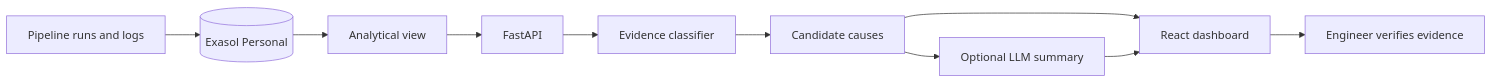
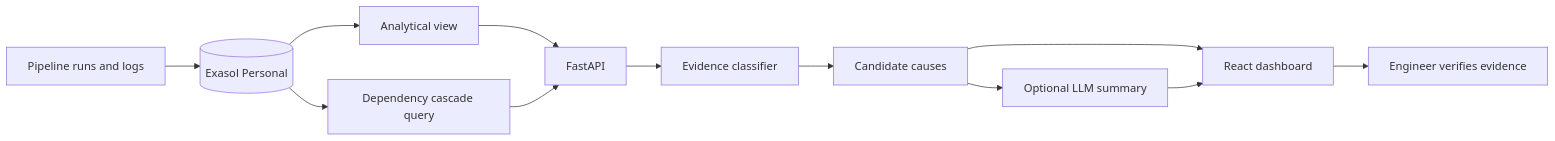
One commit to Anafa-thabassum/opsintel-ai changed the diagram in README.md. Above: the diagram before and after it, drawn with Mermaid. The commit also changed other lines of this file and 46 other files, not shown here.

````diff
--- a/README.md
+++ b/README.md
@@ -76,12 +78,14 @@
 ```mermaid
 flowchart LR
     A[Pipeline runs and logs] --> B[(Exasol Personal)]
     B --> C[Analytical view]
+    B --> J[Dependency cascade query]
     C --> D[FastAPI]
+    J --> D
     D --> E[Evidence classifier]
     E --> F[Candidate causes]
     F --> G[Optional LLM summary]
     F --> H[React dashboard]
     G --> H
     H --> I[Engineer verifies evidence]
 ```
````
